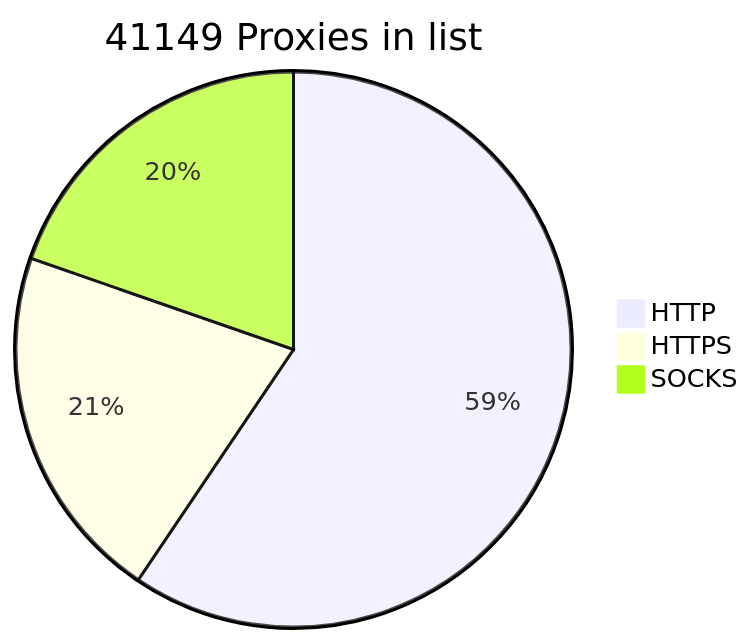
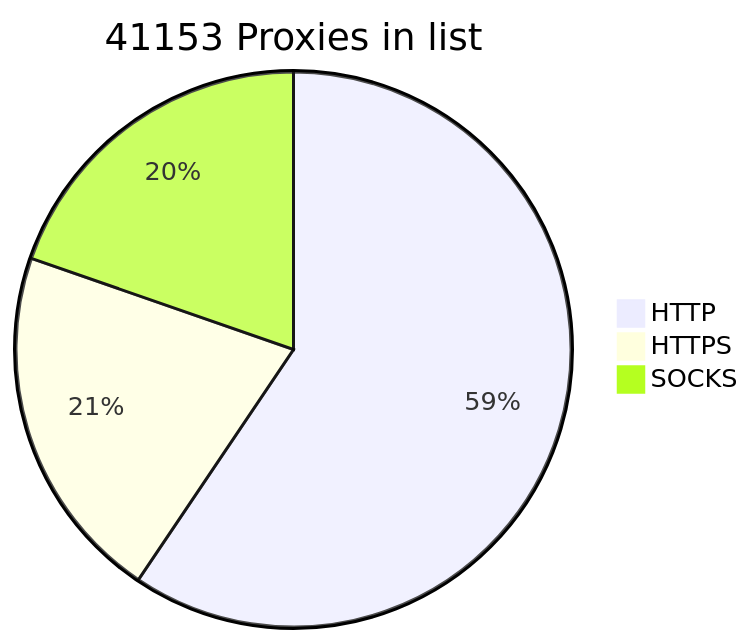
Before and after one commit to BlackSnowDot/proxylist-update-every-minute: the diagram in README.md, drawn with Mermaid.

````diff
--- a/README.md
+++ b/README.md
@@ -2,6 +2,6 @@
 ```mermaid
-pie title 41149 Proxies in list
-    "HTTP" : 28437
-    "HTTPS": 9993
+pie title 41153 Proxies in list
+    "HTTP" : 28440
+    "HTTPS": 9996
     "SOCKS" : 9416
 ```
````
